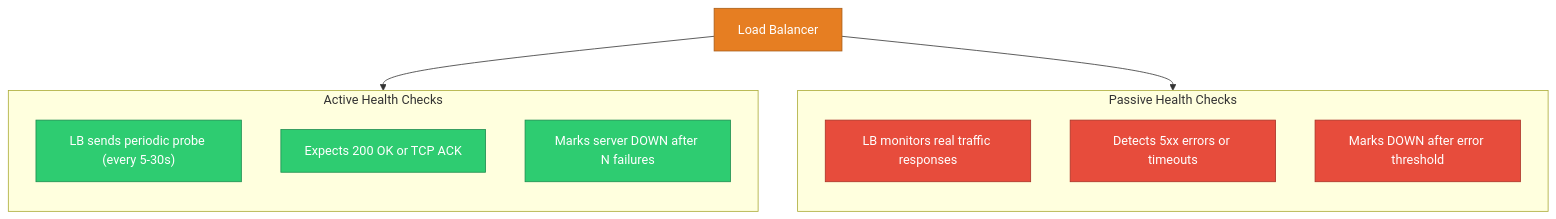
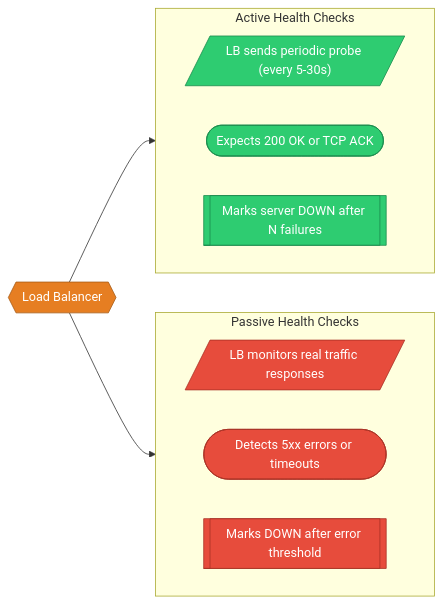
Before and after one commit to saivamsikaruturi/vamsilabs-dev-notes-main: the fourth of 6 diagrams in docs/loadbalancer.md, drawn with Mermaid. The commit also changed other lines of this file and 146 other files, not shown here.

Commit message:
Horizontal diagrams, UML class diagrams, typography overhaul, and permalink cleanup

````diff
--- a/docs/loadbalancer.md
+++ b/docs/loadbalancer.md
@@ -222,25 +222,25 @@
 ```mermaid
-flowchart TB
+flowchart LR
     classDef activeStyle fill:#2ECC71,stroke:#1B8C4E,color:#fff
     classDef passiveStyle fill:#E74C3C,stroke:#A93226,color:#fff
     classDef lbStyle fill:#E67E22,stroke:#A85C16,color:#fff
 
-    LB[Load Balancer]:::lbStyle
+    LB{{"Load Balancer"}}:::lbStyle
 
     subgraph Active["Active Health Checks"]
-        direction TB
-        A1["LB sends periodic probe (every 5-30s)"]:::activeStyle
-        A2["Expects 200 OK or TCP ACK"]:::activeStyle
-        A3["Marks server DOWN after N failures"]:::activeStyle
+        direction LR
+        A1[/"LB sends periodic probe (every 5-30s)"/]:::activeStyle
+        A2(["Expects 200 OK or TCP ACK"]):::activeStyle
+        A3[["Marks server DOWN after N failures"]]:::activeStyle
     end
 
     subgraph Passive["Passive Health Checks"]
-        direction TB
-        P1["LB monitors real traffic responses"]:::passiveStyle
-        P2["Detects 5xx errors or timeouts"]:::passiveStyle
-        P3["Marks DOWN after error threshold"]:::passiveStyle
+        direction LR
+        P1[/"LB monitors real traffic responses"/]:::passiveStyle
+        P2(["Detects 5xx errors or timeouts"]):::passiveStyle
+        P3[["Marks DOWN after error threshold"]]:::passiveStyle
     end
 
     LB --> Active
     LB --> Passive
 ```
````
